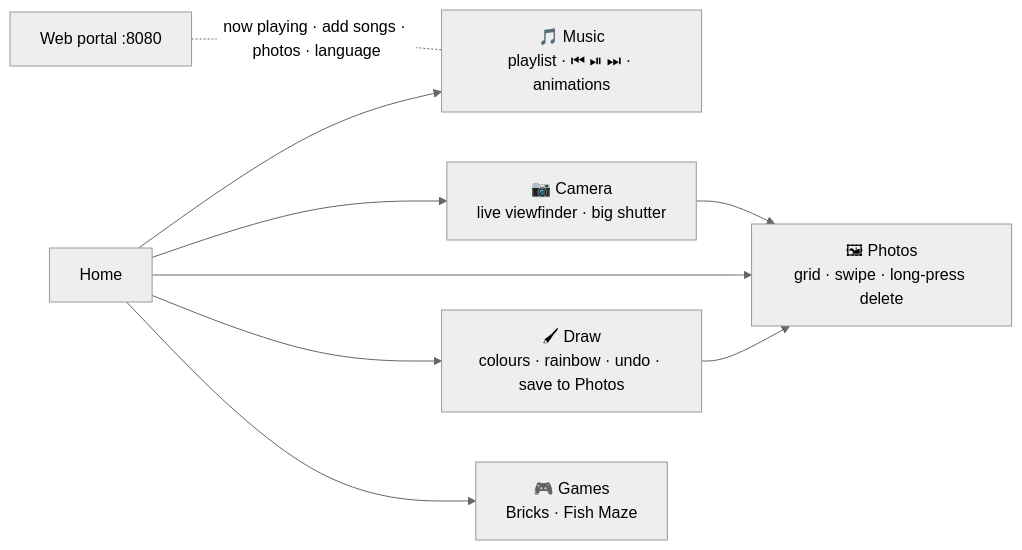
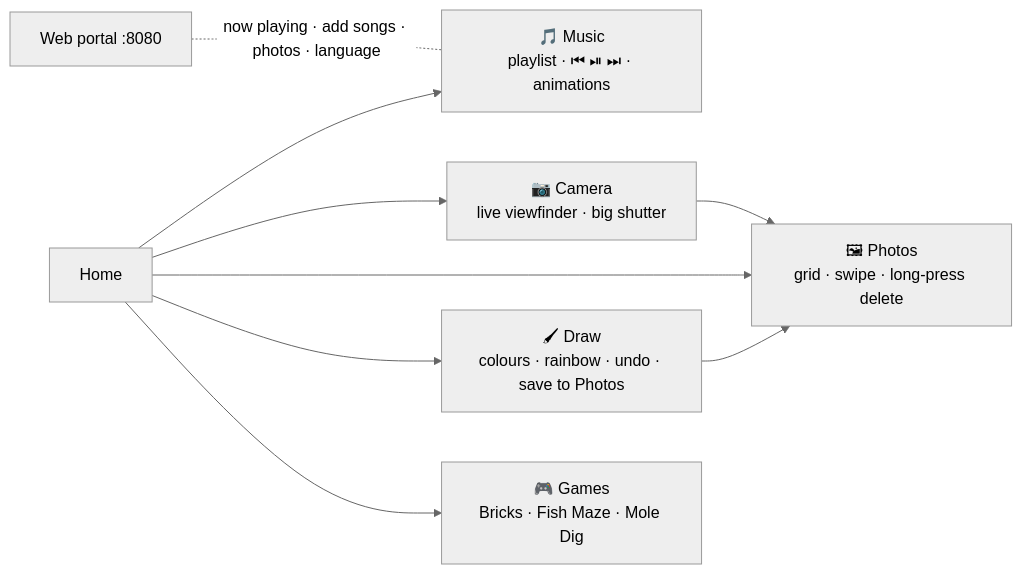
Before and after one commit to fgomecs/tiagos-music-box-v2: the diagram in README.md, drawn with Mermaid (neutral theme). The commit also changed other lines of this file, not shown here.

````diff
--- a/README.md
+++ b/README.md
@@ -31,11 +5,11 @@
 ```mermaid
 flowchart LR
     HOME[Home] --> MUSIC[🎵 Music<br/>playlist · ⏮ ⏯ ⏭ · animations]
     HOME --> CAM[📷 Camera<br/>live viewfinder · big shutter]
     HOME --> PH[🖼 Photos<br/>grid · swipe · long-press delete]
     CAM --> PH
     HOME --> DRAW[🖌 Draw<br/>colours · rainbow · undo · save to Photos]
-    HOME --> GAMES[🎮 Games<br/>Bricks · Fish Maze]
+    HOME --> GAMES[🎮 Games<br/>Bricks · Fish Maze · Mole Dig]
     DRAW --> PH
     PORTAL[Web portal :8080] -. now playing · add songs · photos · language .- MUSIC
 ```
````
